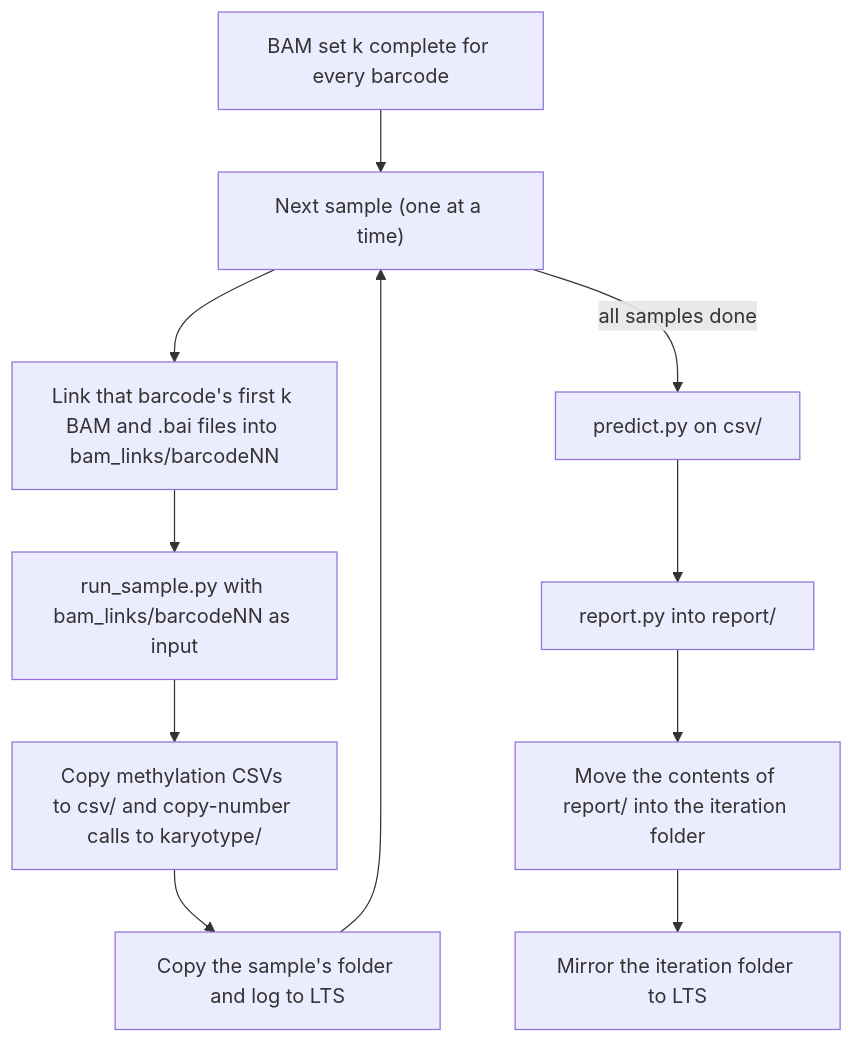
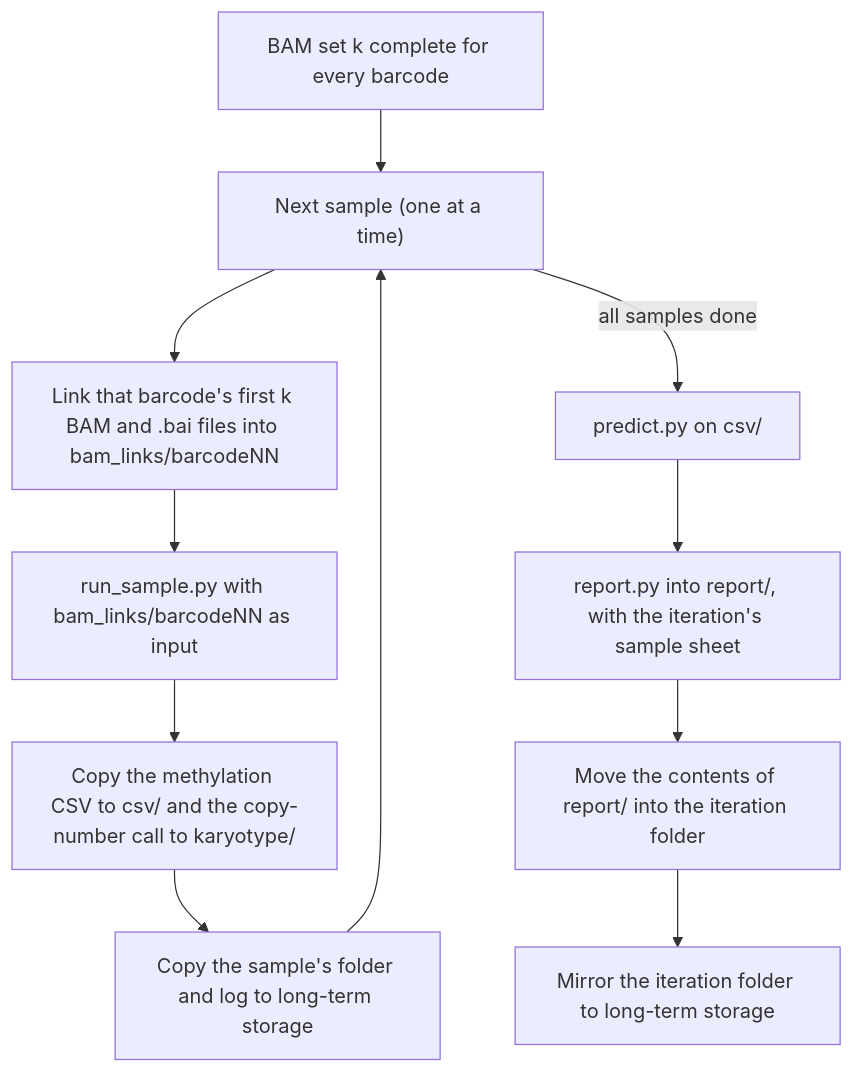
Before and after one commit to patkarlab/sparsh-gui-repo: the diagram in README.md, drawn with Mermaid. The commit also changed other lines of this file and 17 other files, not shown here.

````diff
--- a/README.md
+++ b/README.md
@@ -225,13 +259,13 @@
 ```mermaid
 flowchart TD
     A["BAM set k complete for every barcode"] --> B["Next sample (one at a time)"]
     B --> C["Link that barcode's first k BAM and .bai files into bam_links/barcodeNN"]
     C --> D["run_sample.py with bam_links/barcodeNN as input"]
-    D --> E["Copy methylation CSVs to csv/ and copy-number calls to karyotype/"]
-    E --> F["Copy the sample's folder and log to LTS"]
+    D --> E["Copy the methylation CSV to csv/ and the copy-number call to karyotype/"]
+    E --> F["Copy the sample's folder and log to long-term storage"]
     F --> B
     B -->|"all samples done"| G["predict.py on csv/"]
-    G --> H["report.py into report/"]
+    G --> H["report.py into report/, with the iteration's sample sheet"]
     H --> I["Move the contents of report/ into the iteration folder"]
-    I --> J["Mirror the iteration folder to LTS"]
+    I --> J["Mirror the iteration folder to long-term storage"]
 ```
````
